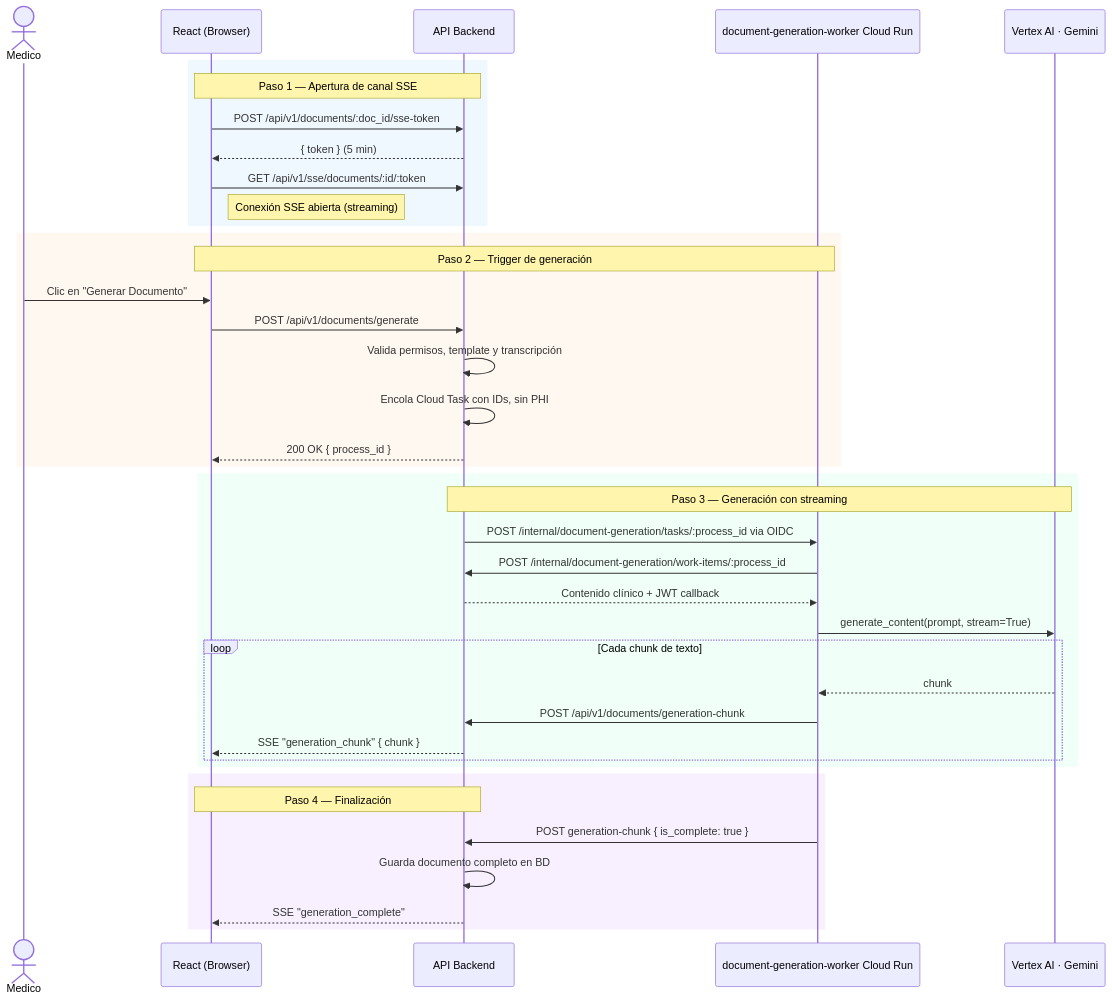
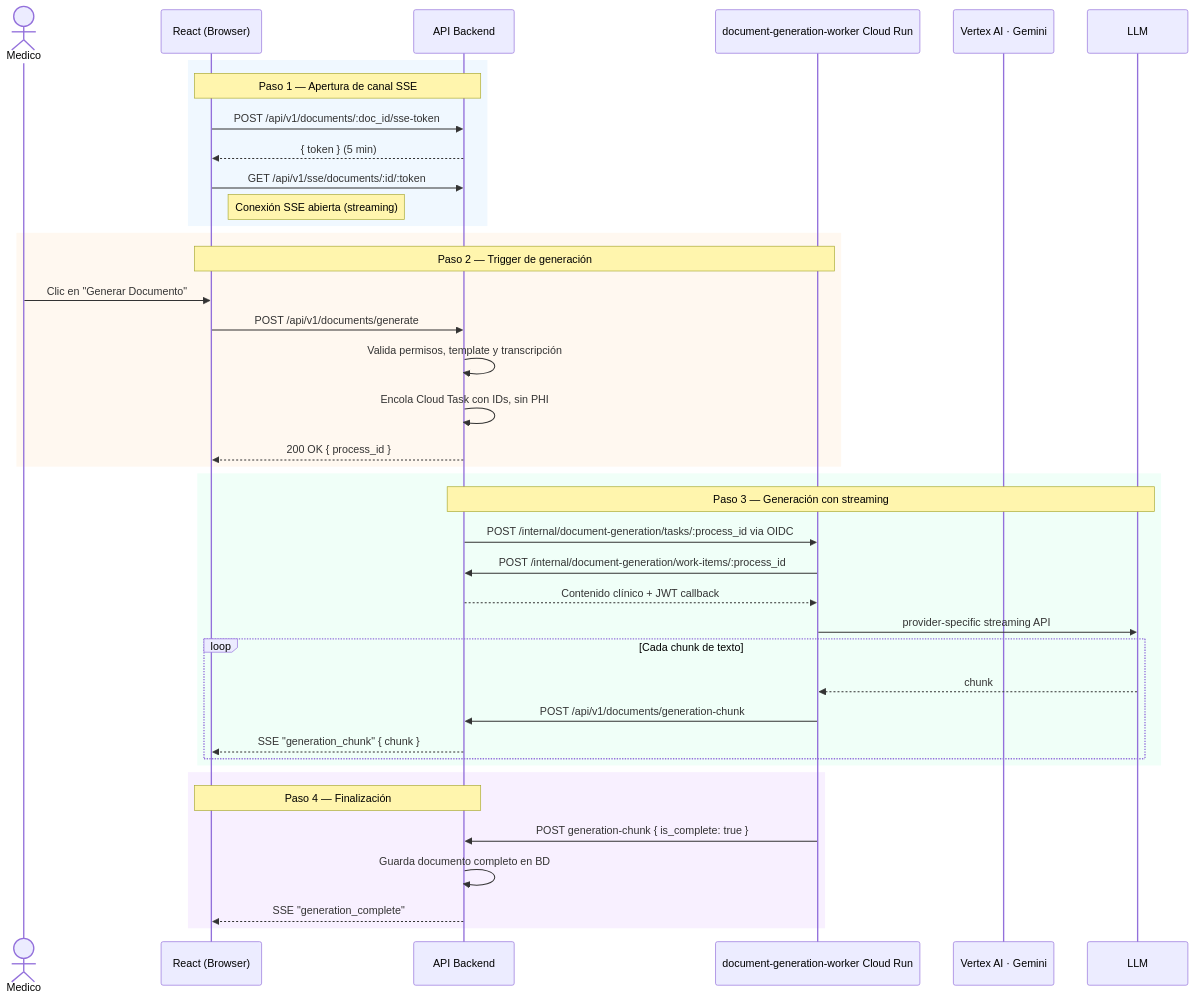
The third of 3 diagrams in docs/architecture/system-overview.md (Jmoreno844/medical-ai-webapp), drawn with Mermaid before and after one commit. The commit also changed other lines of this file and 120 other files, not shown here.

````diff
--- a/docs/architecture/system-overview.md
+++ b/docs/architecture/system-overview.md
@@ -120,46 +120,46 @@
 ```mermaid
 sequenceDiagram
     actor Medico
     participant Browser as React (Browser)
     participant Backend as API Backend
     participant DocWorker as document-generation-worker Cloud Run
     participant Gemini as Vertex AI · Gemini
 
     rect rgb(240, 248, 255)
         note over Browser,Backend: Paso 1 — Apertura de canal SSE
         Browser->>Backend: POST /api/v1/documents/:doc_id/sse-token
         Backend-->>Browser: { token } (5 min)
         Browser->>Backend: GET /api/v1/sse/documents/:id/:token
         note right of Browser: Conexión SSE abierta (streaming)
     end
 
     rect rgb(255, 248, 240)
         note over Browser,DocWorker: Paso 2 — Trigger de generación
         Medico->>Browser: Clic en "Generar Documento"
         Browser->>Backend: POST /api/v1/documents/generate
         Backend->>Backend: Valida permisos, template y transcripción
         Backend->>Backend: Encola Cloud Task con IDs, sin PHI
         Backend-->>Browser: 200 OK { process_id }
     end
 
     rect rgb(240, 255, 248)
-        note over Backend,Gemini: Paso 3 — Generación con streaming
+        note over Backend,LLM: Paso 3 — Generación con streaming
         Backend->>DocWorker: POST /internal/document-generation/tasks/:process_id via OIDC
         DocWorker->>Backend: POST /internal/document-generation/work-items/:process_id
         Backend-->>DocWorker: Contenido clínico + JWT callback
-        DocWorker->>Gemini: generate_content(prompt, stream=True)
+        DocWorker->>LLM: provider-specific streaming API
 
         loop Cada chunk de texto
-            Gemini-->>DocWorker: chunk
+            LLM-->>DocWorker: chunk
             DocWorker->>Backend: POST /api/v1/documents/generation-chunk
             Backend-->>Browser: SSE "generation_chunk" { chunk }
         end
     end
 
     rect rgb(248, 240, 255)
         note over Backend,Browser: Paso 4 — Finalización
         DocWorker->>Backend: POST generation-chunk { is_complete: true }
         Backend->>Backend: Guarda documento completo en BD
         Backend-->>Browser: SSE "generation_complete"
     end
 ```
````
